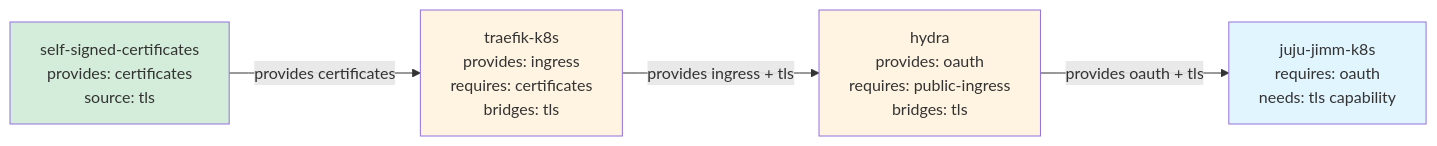
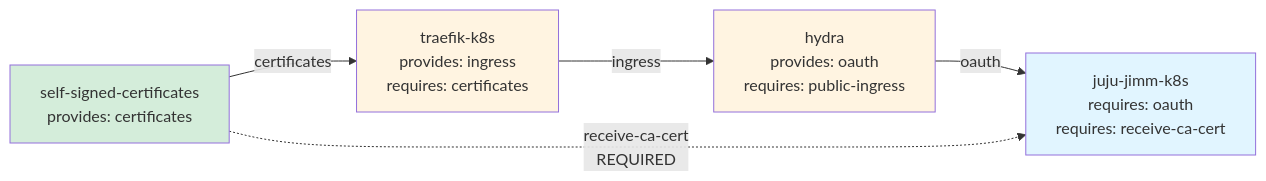
Diagram 16 of 16 in docs/reference/charm-deployment-constraints.rst (canonical/charm-integration-testing), drawn with Mermaid before and after one commit. The commit also changed other lines of this file and 1 other file, not shown here.

```diff
--- a/docs/reference/charm-deployment-constraints.rst
+++ b/docs/reference/charm-deployment-constraints.rst
@@ -399,16 +390,17 @@
 .. mermaid::
 
    graph LR
-       jimm[juju-jimm-k8s<br/>requires: oauth<br/>needs: tls capability]
-       hydra[hydra<br/>provides: oauth<br/>requires: public-ingress<br/>bridges: tls]
-       traefik[traefik-k8s<br/>provides: ingress<br/>requires: certificates<br/>bridges: tls]
-       ssc[self-signed-certificates<br/>provides: certificates<br/>source: tls]
+       jimm[juju-jimm-k8s<br/>requires: oauth<br/>requires: receive-ca-cert]
+       hydra[hydra<br/>provides: oauth<br/>requires: public-ingress]
+       traefik[traefik-k8s<br/>provides: ingress<br/>requires: certificates]
+       ssc[self-signed-certificates<br/>provides: certificates]
        
-       ssc -->|provides certificates| traefik
-       traefik -->|provides ingress + tls| hydra
-       hydra -->|provides oauth + tls| jimm
+       ssc -->|certificates| traefik
+       traefik -->|ingress| hydra
+       hydra -->|oauth| jimm
+       ssc -.->|receive-ca-cert<br/>REQUIRED| jimm
        
        style jimm fill:#e1f5ff
        style hydra fill:#fff4e1
        style traefik fill:#fff4e1
        style ssc fill:#d4edda
```
